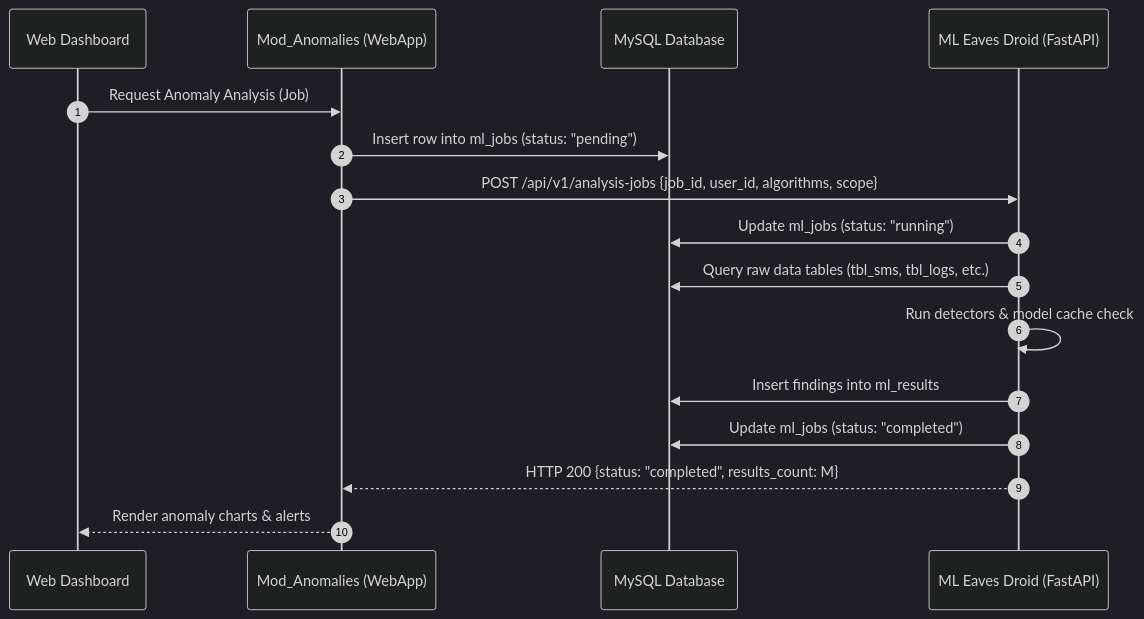
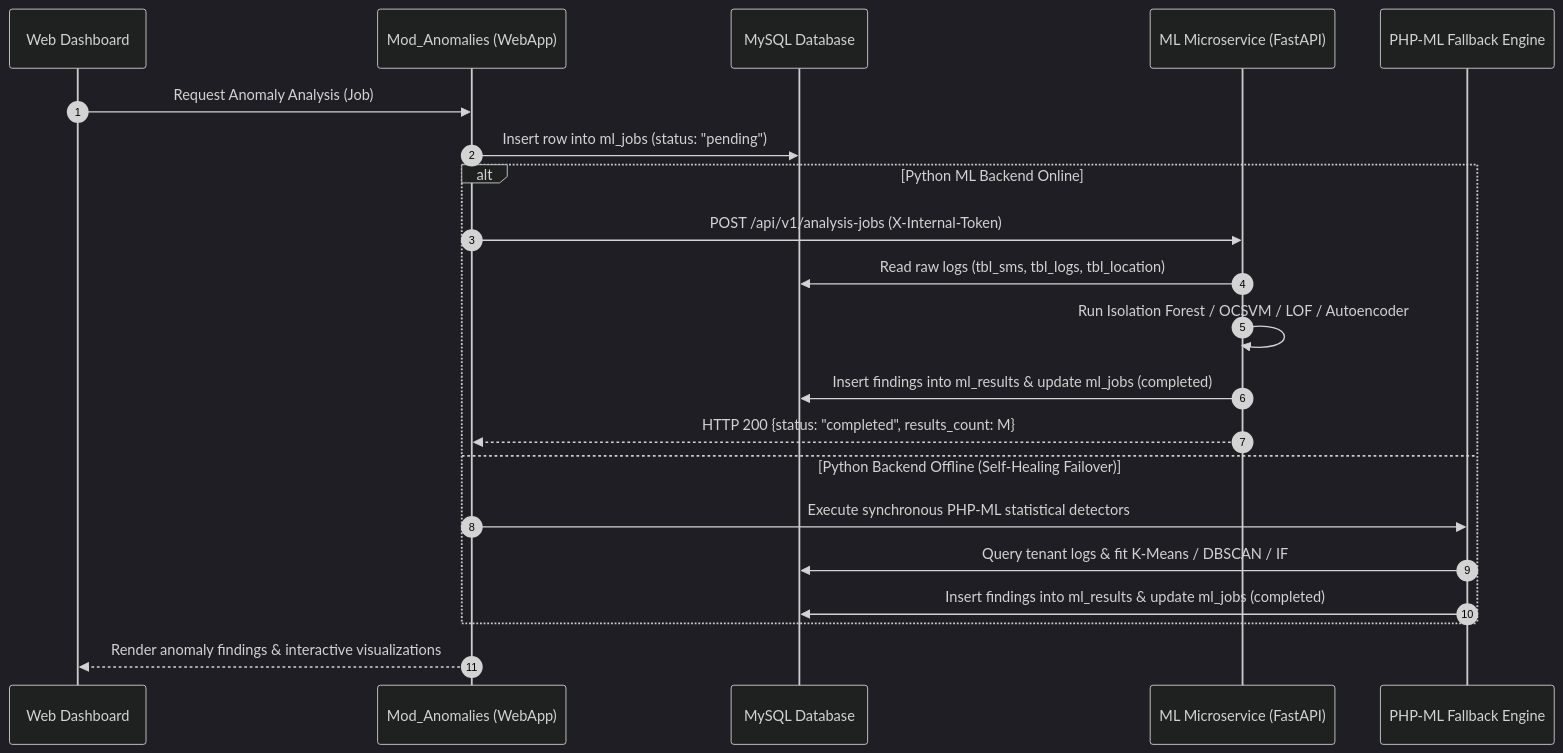
Before and after one commit to Niccher/Eaves-Droid-Platform: the second of 4 diagrams in docs/architecture/communication.md, drawn with Mermaid (dark theme). The commit also changed other lines of this file and 24 other files, not shown here.

````diff
--- a/docs/architecture/communication.md
+++ b/docs/architecture/communication.md
@@ -41,19 +42,24 @@
 ```mermaid
 sequenceDiagram
   autonumber
   participant User as Web Dashboard
   participant Web as Mod_Anomalies (WebApp)
   participant DB as MySQL Database
-  participant ML as ML Eaves Droid (FastAPI)
+  participant ML as ML Microservice (FastAPI)
+  participant PHPML as PHP-ML Fallback Engine
 
   User->>Web: Request Anomaly Analysis (Job)
   Web->>DB: Insert row into ml_jobs (status: "pending")
-  Web->>ML: POST /api/v1/analysis-jobs {job_id, user_id, algorithms, scope}
-  ML->>DB: Update ml_jobs (status: "running")
-  ML->>DB: Query raw data tables (tbl_sms, tbl_logs, etc.)
-  ML->>ML: Run detectors & model cache check
-  ML->>DB: Insert findings into ml_results
-  ML->>DB: Update ml_jobs (status: "completed")
-  ML-->>Web: HTTP 200 {status: "completed", results_count: M}
-  Web-->>User: Render anomaly charts & alerts
+  alt Python ML Backend Online
+    Web->>ML: POST /api/v1/analysis-jobs (X-Internal-Token)
+    ML->>DB: Read raw logs (tbl_sms, tbl_logs, tbl_location)
+    ML->>ML: Run Isolation Forest / OCSVM / LOF / Autoencoder
+    ML->>DB: Insert findings into ml_results & update ml_jobs (completed)
+    ML-->>Web: HTTP 200 {status: "completed", results_count: M}
+  else Python Backend Offline (Self-Healing Failover)
+    Web->>PHPML: Execute synchronous PHP-ML statistical detectors
+    PHPML->>DB: Query tenant logs & fit K-Means / DBSCAN / IF
+    PHPML->>DB: Insert findings into ml_results & update ml_jobs (completed)
+  end
+  Web-->>User: Render anomaly findings & interactive visualizations
 ```
````
